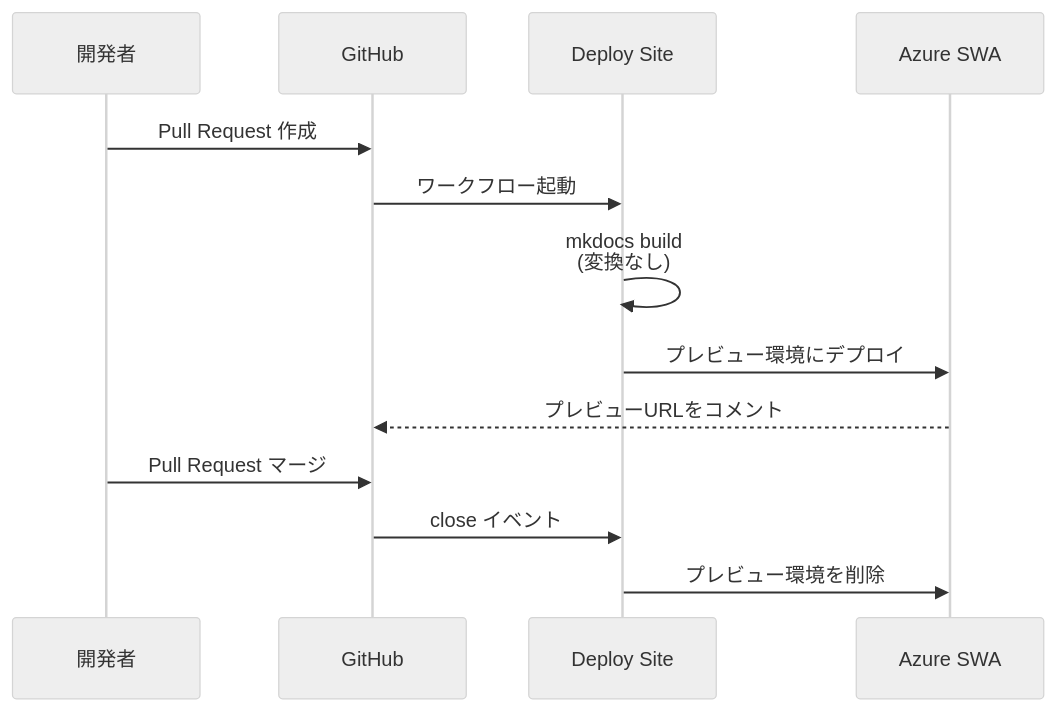
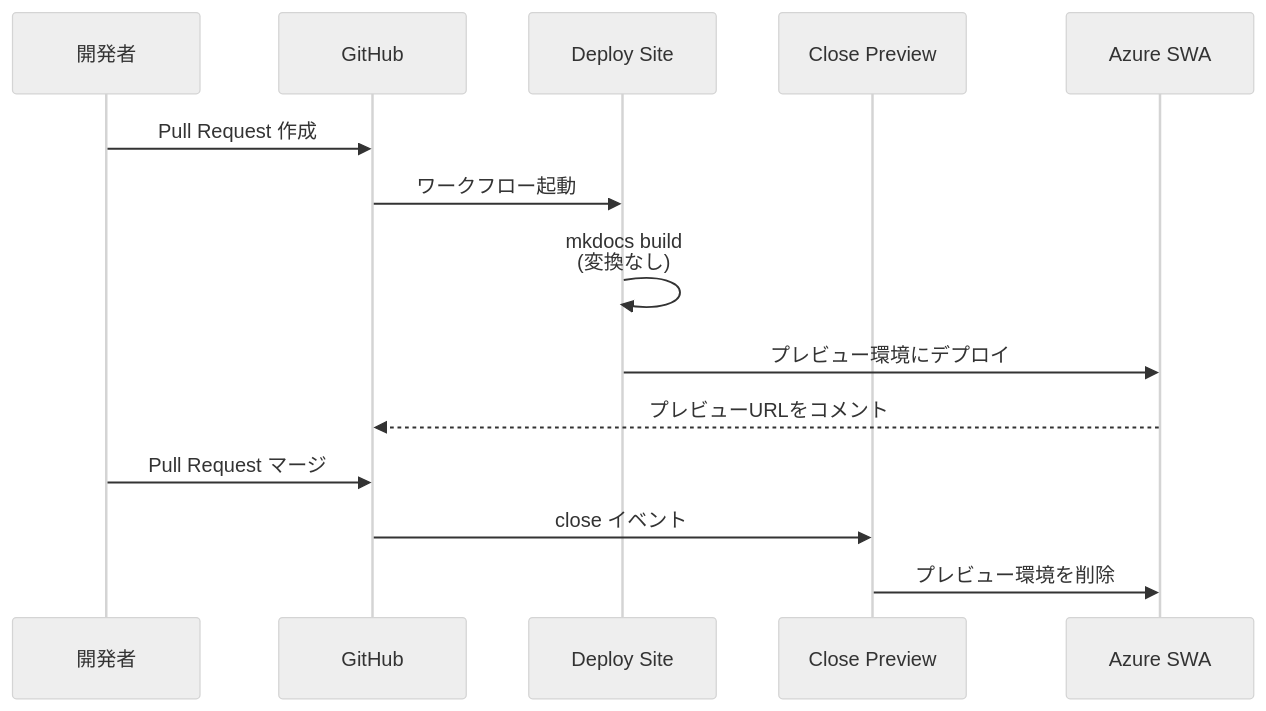
Before and after one commit to ssd-mkdocs-platform/ssd-mkdocs-sample: the third of 6 diagrams in docs/アーキテクチャー/deploy-architecture.md, drawn with Mermaid (neutral theme). The commit also changed other lines of this file, not shown here.

````diff
--- a/docs/アーキテクチャー/deploy-architecture.md
+++ b/docs/アーキテクチャー/deploy-architecture.md
@@ -132,18 +138,19 @@
 ```mermaid
 sequenceDiagram
     participant Dev as 開発者
     participant GH as GitHub
     participant Actions as Deploy Site
+    participant Close as Close Preview
     participant SWA as Azure SWA
 
     Dev->>GH: Pull Request 作成
     GH->>Actions: ワークフロー起動
 
     Actions->>Actions: mkdocs build<br/>(変換なし)
     Actions->>SWA: プレビュー環境にデプロイ
     SWA-->>GH: プレビューURLをコメント
 
     Dev->>GH: Pull Request マージ
-    GH->>Actions: close イベント
-    Actions->>SWA: プレビュー環境を削除
+    GH->>Close: close イベント
+    Close->>SWA: プレビュー環境を削除
 ```
````
